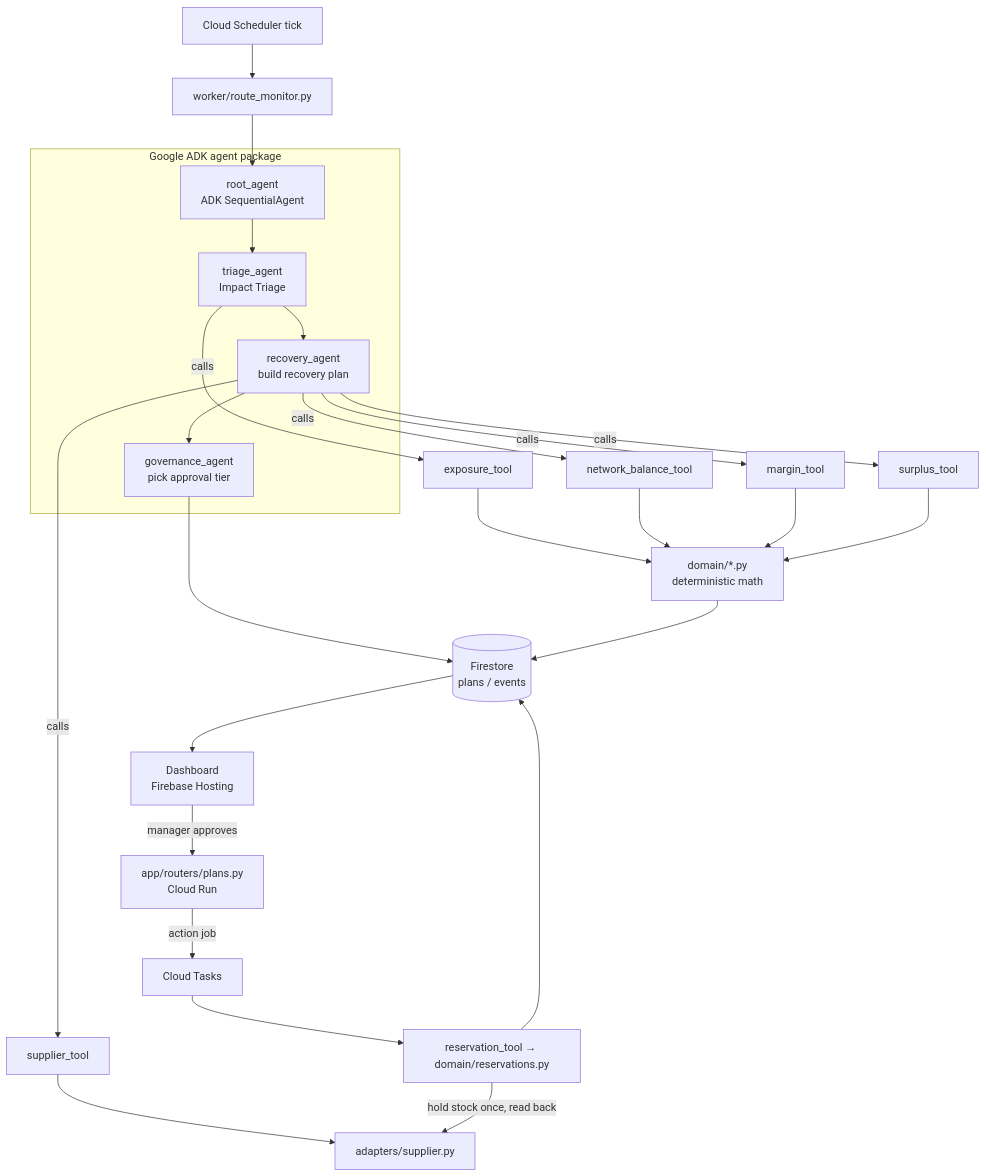
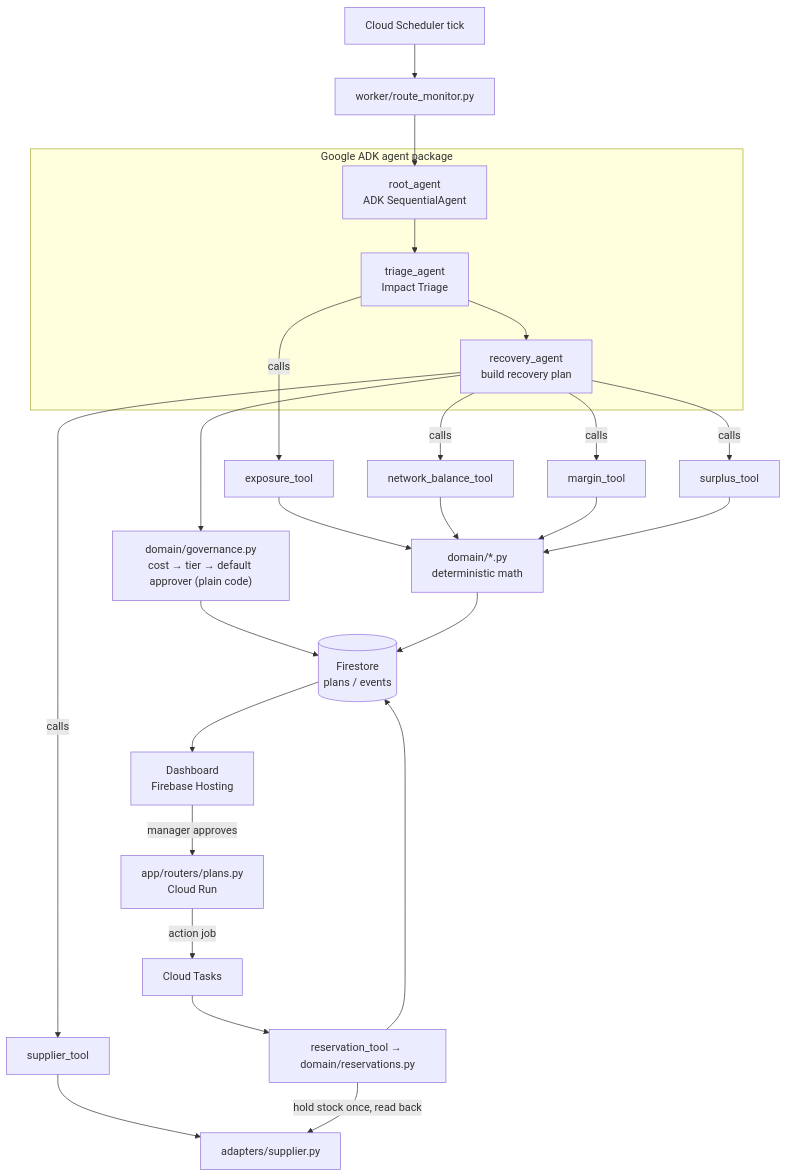
Before and after one commit to Nihar4569/signalbridge: the first of 2 diagrams in docs/blueprint.md, drawn with Mermaid. The commit also changed other lines of this file and 16 other files, not shown here.

First line of the commit message:
Remove the LLM governance agent; approver is a plain-code default per tier

````diff
--- a/docs/blueprint.md
+++ b/docs/blueprint.md
@@ -119,32 +119,32 @@
 ```mermaid
 flowchart TB
     TICK["Cloud Scheduler tick"] --> MON["worker/route_monitor.py"]
     MON --> ROOT["root_agent<br/>ADK SequentialAgent"]
 
     subgraph ADK["Google ADK agent package"]
         ROOT --> TRIAGE["triage_agent<br/>Impact Triage"]
         TRIAGE --> RECOVERY["recovery_agent<br/>build recovery plan"]
-        RECOVERY --> GOV["governance_agent<br/>pick approval tier"]
     end
 
     TRIAGE -->|calls| T1["exposure_tool"]
     RECOVERY -->|calls| T2["network_balance_tool"]
     RECOVERY -->|calls| T3["supplier_tool"]
     RECOVERY -->|calls| T4["margin_tool"]
     RECOVERY -->|calls| T5["surplus_tool"]
+    RECOVERY --> GOV["domain/governance.py<br/>cost → tier → default approver (plain code)"]
     GOV --> PLANDOC[("Firestore<br/>plans / events")]
 
     T1 --> DOM["domain/*.py<br/>deterministic math"]
     T2 --> DOM
     T3 --> SUPP["adapters/supplier.py"]
     T4 --> DOM
     T5 --> DOM
     DOM --> PLANDOC
 
     PLANDOC --> UI["Dashboard<br/>Firebase Hosting"]
     UI -->|manager approves| API["app/routers/plans.py<br/>Cloud Run"]
     API -->|action job| TASKS["Cloud Tasks"]
     TASKS --> EXEC["reservation_tool → domain/reservations.py"]
     EXEC -->|hold stock once, read back| SUPP
     EXEC --> PLANDOC
 ```
````
